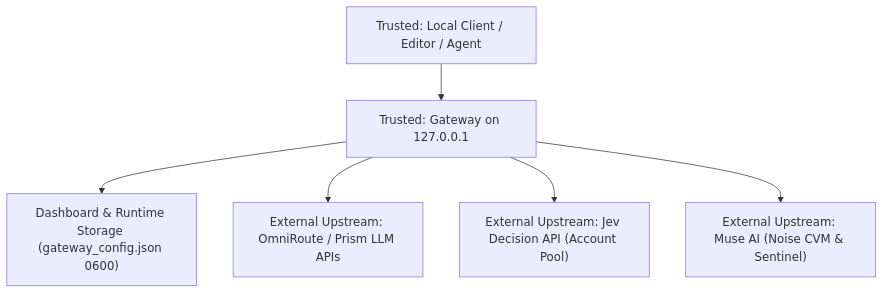
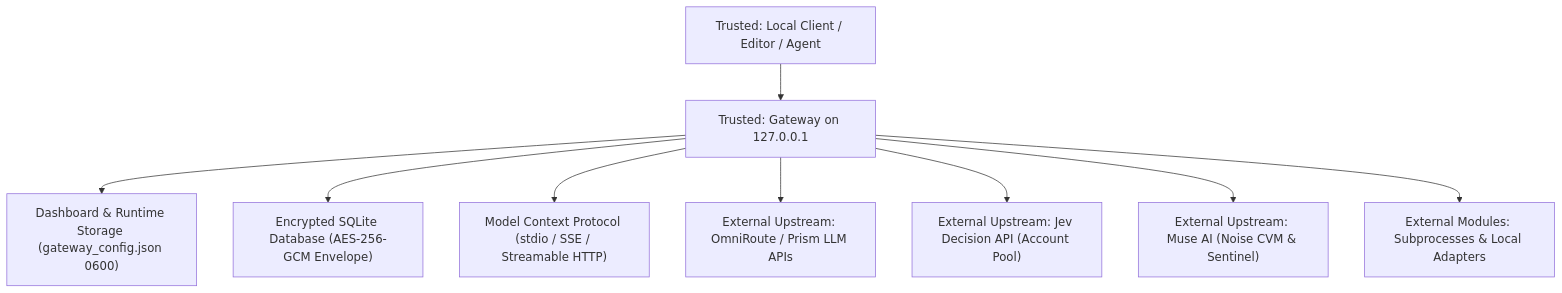
Before and after one commit to giauphan/toolcase-gateway: the diagram in docs/SECURITY_MODEL.md, drawn with Mermaid. The commit also changed other lines of this file and 7 other files, not shown here.

First line of the commit message:
Upgrade system documentation and architecture maps

````diff
--- a/docs/SECURITY_MODEL.md
+++ b/docs/SECURITY_MODEL.md
@@ -8,8 +8,11 @@
 ```mermaid
 graph TD
     A["Trusted: Local Client / Editor / Agent"] --> B["Trusted: Gateway on 127.0.0.1"]
     B --> C["Dashboard & Runtime Storage (gateway_config.json 0600)"]
+    B --> C2["Encrypted SQLite Database (AES-256-GCM Envelope)"]
+    B --> MCP["Model Context Protocol (stdio / SSE / Streamable HTTP)"]
     B --> D["External Upstream: OmniRoute / Prism LLM APIs"]
     B --> E["External Upstream: Jev Decision API (Account Pool)"]
     B --> F["External Upstream: Muse AI (Noise CVM & Sentinel)"]
+    B --> G["External Modules: Subprocesses & Local Adapters"]
 ```
````
